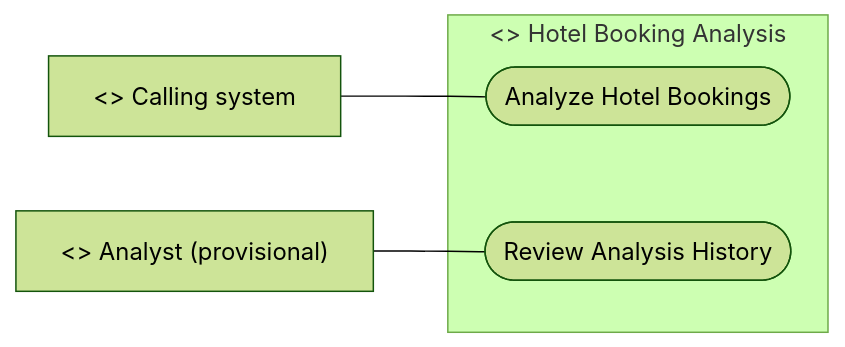
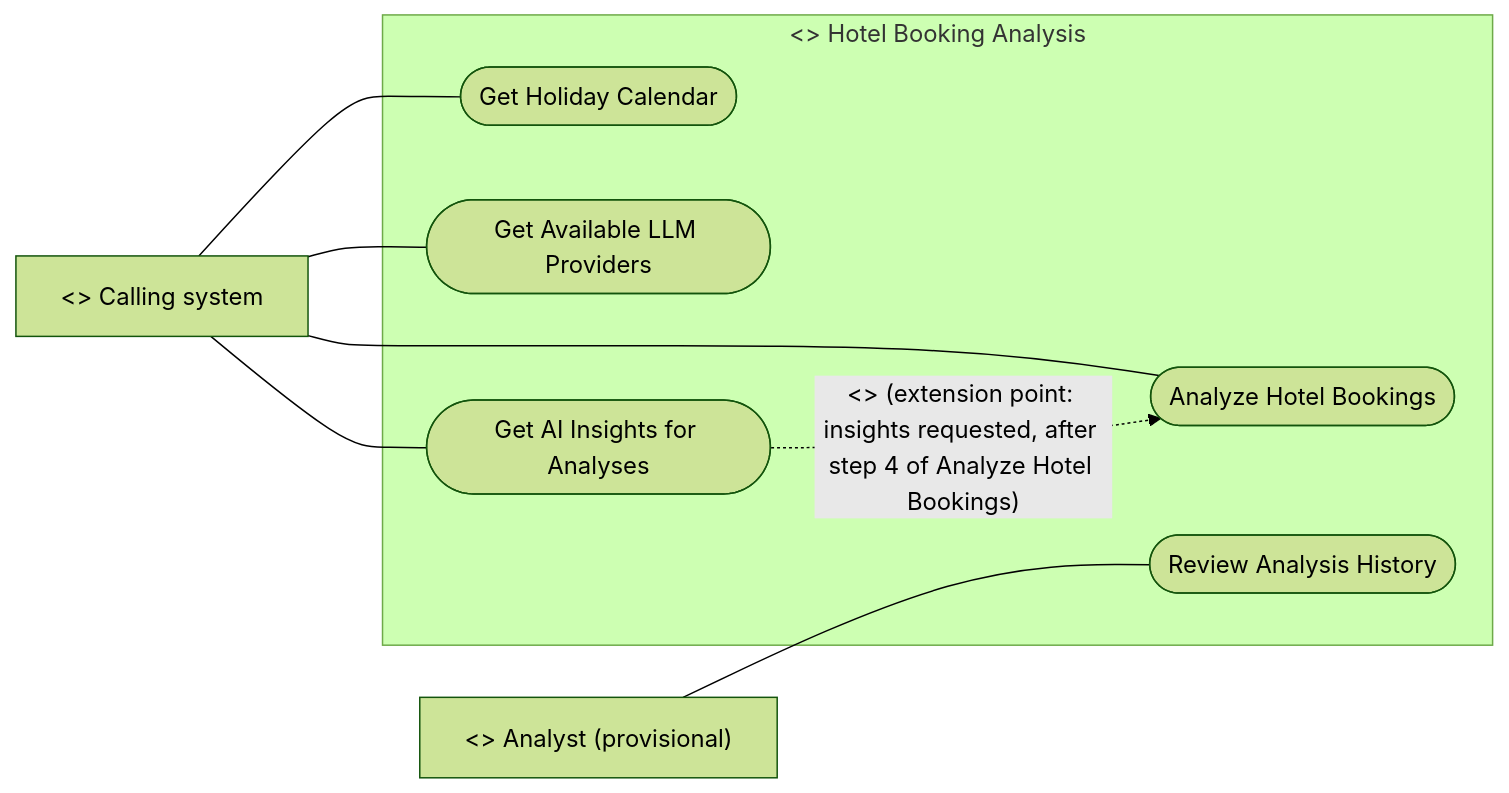
The diagram in docs/use-case-diagram.md (NF-Hotel/Notebook_Market_Analysis), drawn with Mermaid (forest theme) before and after one commit. The commit also changed other lines of this file and 7 other files, not shown here.

````diff
--- a/docs/use-case-diagram.md
+++ b/docs/use-case-diagram.md
@@ -26,11 +27,18 @@
 ```mermaid
 flowchart LR
     caller["<<Actor>> Calling system"]
     analyst["<<Actor>> Analyst (provisional)"]
     subgraph boundary["<<System>> Hotel Booking Analysis"]
         uc1(["Analyze Hotel Bookings"])
         uc2(["Review Analysis History"])
+        uc3(["Get Holiday Calendar"])
+        uc4(["Get Available LLM Providers"])
+        uc5(["Get AI Insights for Analyses"])
     end
     caller --- uc1
+    caller --- uc3
+    caller --- uc4
+    caller --- uc5
     analyst --- uc2
+    uc5 -. "<<extend>> (extension point: insights requested, after step 4 of Analyze Hotel Bookings)" .-> uc1
 ```
````
